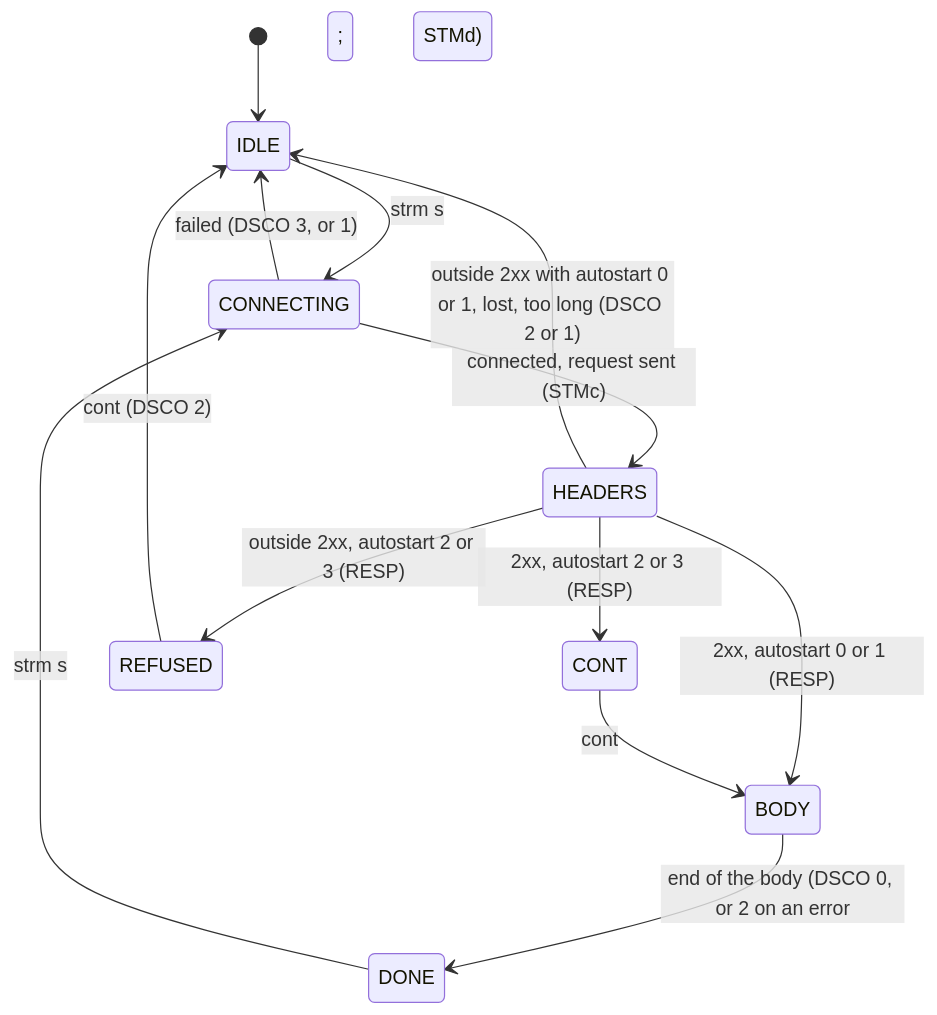
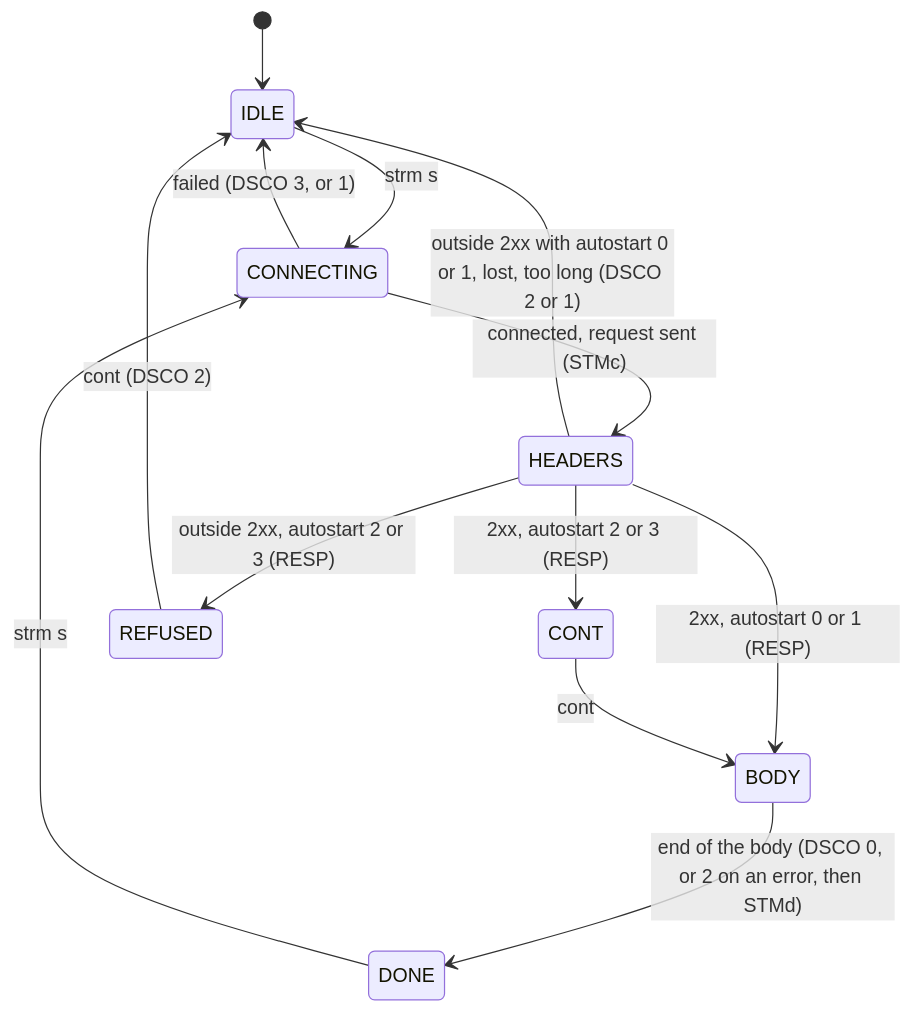
One commit to shadow38/amiga-network-music changed the third of 4 diagrams in docs/development/architecture.md. Above: the diagram before and after it, drawn with Mermaid. The commit also changed 2 other files, not shown here.

Commit message:
Documentation: three corrections after a second reading (publish-8)
- protocol.md: that both servers ask for HTTP/1.0, so that a web server
  answers without chunks, read in LMS 9.1.1 (Slim/Player/Protocols/HTTP.pm,
  requestString, the request of a direct stream) and in Music Assistant's
  aioslimproto (client.py); it was said of LMS's own streams only;
- architecture.md: no semicolon in a Mermaid label, where it may end the
  statement;
- testing.md: the real machines at the end of each phase, as the plan's
  method says.

The check that no fact was lost is redone against the live documents
only: the earlier runs also searched reviews/ and rules.md, which quote
the old CONTRIBUTING.md. It finds nothing more: every sentence of the
old CONTRIBUTING.md, testing.md and architecture.md not found word for
word differs by a link's label or a reworded pointer.

````diff
--- a/docs/development/architecture.md
+++ b/docs/development/architecture.md
@@ -159,15 +159,15 @@
 ```mermaid
 stateDiagram-v2
     [*] --> IDLE
     IDLE --> CONNECTING: strm s
     DONE --> CONNECTING: strm s
     CONNECTING --> HEADERS: connected, request sent (STMc)
     CONNECTING --> IDLE: failed (DSCO 3, or 1)
     HEADERS --> BODY: 2xx, autostart 0 or 1 (RESP)
     HEADERS --> CONT: 2xx, autostart 2 or 3 (RESP)
     HEADERS --> REFUSED: outside 2xx, autostart 2 or 3 (RESP)
     HEADERS --> IDLE: outside 2xx with autostart 0 or 1, lost, too long (DSCO 2 or 1)
     CONT --> BODY: cont
     REFUSED --> IDLE: cont (DSCO 2)
-    BODY --> DONE: end of the body (DSCO 0, or 2 on an error; STMd)
+    BODY --> DONE: end of the body (DSCO 0, or 2 on an error, then STMd)
 ```
````
